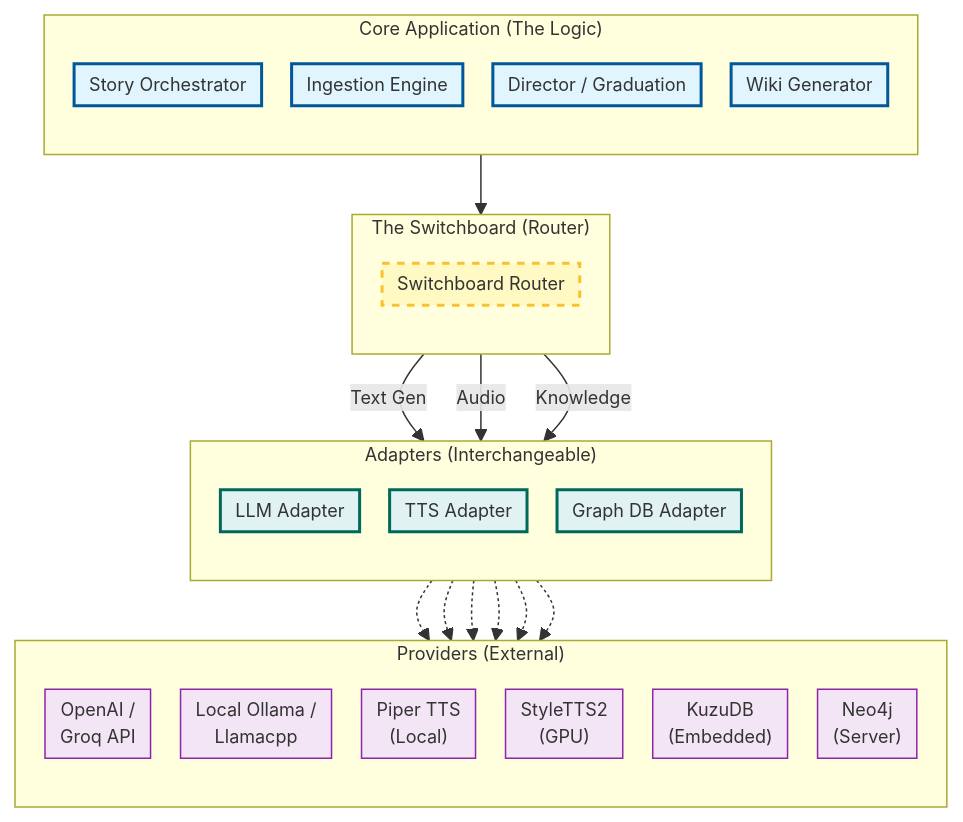
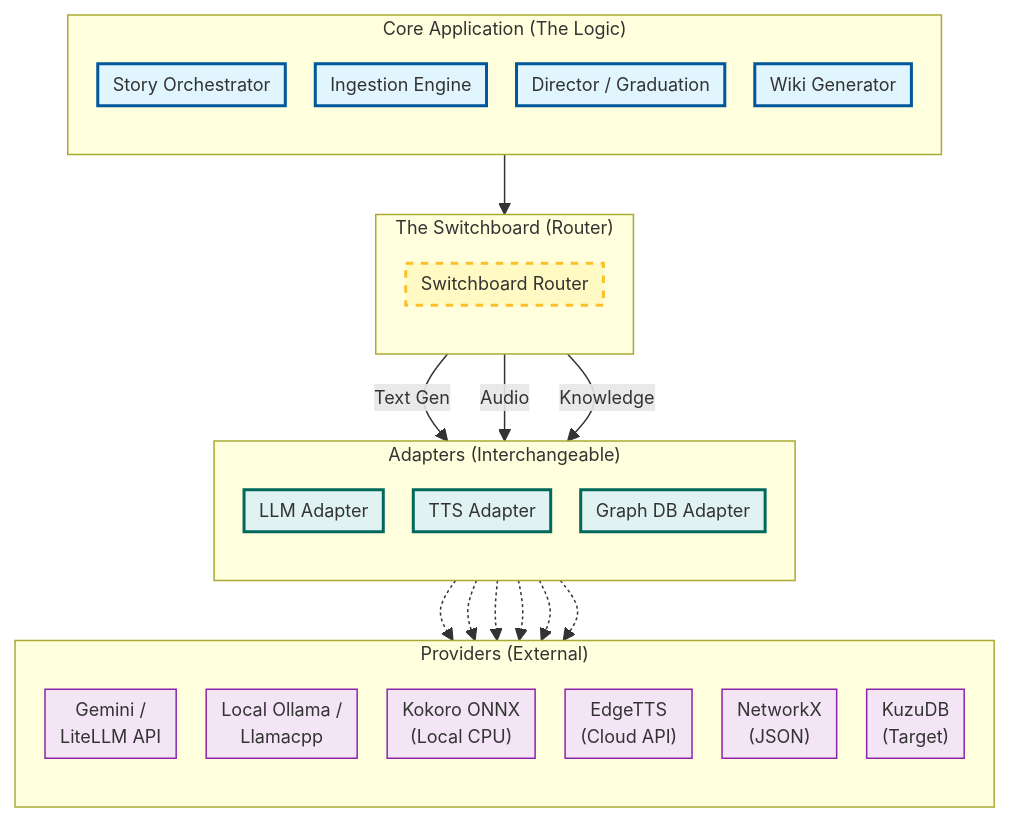
Before and after one commit to Koushik810-Coder/webnovel-architect: the first of 2 diagrams in Documents/Detailed_Architecture_and_Pipeline.md, drawn with Mermaid. The commit also changed other lines of this file and 37 other files, not shown here.

````diff
--- a/Documents/Detailed_Architecture_and_Pipeline.md
+++ b/Documents/Detailed_Architecture_and_Pipeline.md
@@ -25,65 +25,65 @@
 ```mermaid
 %%{init: {
   "flowchart": {
     "useMaxWidth": true,
     "nodeSpacing": 20,
     "rankSpacing": 40,
     "padding": 5
   },
   "themeVariables": {
     "fontSize": "12px"
   }
 }}%%
 graph TD
     subgraph "Core Application (The Logic)"
         direction TB
         Orchestrator[Story Orchestrator]
         Ingest[Ingestion Engine]
         Director[Director / Graduation]
         Wiki[Wiki Generator]
     end
 
     subgraph Switchboard ["The Switchboard (Router)"]
         direction TB
         SB[Switchboard Router]
     end
 
     subgraph Adapters ["Adapters (Interchangeable)"]
         direction TB
         LLM[LLM Adapter]
         TTS[TTS Adapter]
         Graph[Graph DB Adapter]
     end
 
     subgraph Providers ["Providers (External)"]
         direction TB
-        OpenAI["OpenAI /<br/>Groq API"]
+        OpenAI["Gemini /<br/>LiteLLM API"]
         LocalLLM["Local Ollama /<br/>Llamacpp"]
-        Piper["Piper TTS<br/>(Local)"]
-        StyleTTS["StyleTTS2<br/>(GPU)"]
-        Kuzu["KuzuDB<br/>(Embedded)"]
-        Neo4j["Neo4j<br/>(Server)"]
+        Piper["Kokoro ONNX<br/>(Local CPU)"]
+        StyleTTS["EdgeTTS<br/>(Cloud API)"]
+        Kuzu["NetworkX<br/>(JSON)"]
+        Neo4j["KuzuDB<br/>(Target)"]
     end
 
     Orchestrator --> SB
     SB -- "Text Gen" --> LLM
     SB -- "Audio" --> TTS
     SB -- "Knowledge" --> Graph
 
     LLM -.-> OpenAI
     LLM -.-> LocalLLM
     TTS -.-> Piper
     TTS -.-> StyleTTS
     Graph -.-> Kuzu
     Graph -.-> Neo4j
 
     classDef core fill:#e1f5fe,stroke:#01579b,stroke-width:2px;
     classDef switch fill:#fff9c4,stroke:#fbc02d,stroke-width:2px,stroke-dasharray: 5 5;
     classDef adapter fill:#e0f2f1,stroke:#00695c,stroke-width:2px;
     classDef provider fill:#f3e5f5,stroke:#8e24aa,stroke-width:1px;
     
     class Orchestrator,Ingest,Director,Wiki core;
     class SB switch;
     class LLM,TTS,Graph adapter;
     class OpenAI,LocalLLM,Piper,StyleTTS,Kuzu,Neo4j provider;
 ```
````
